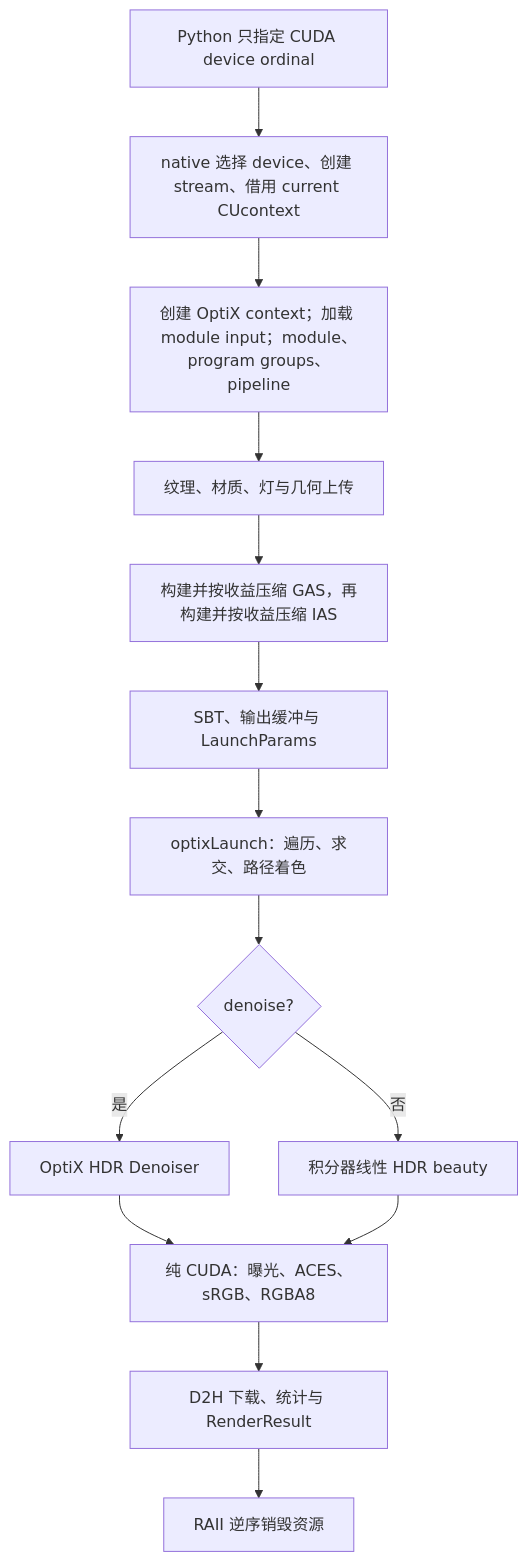
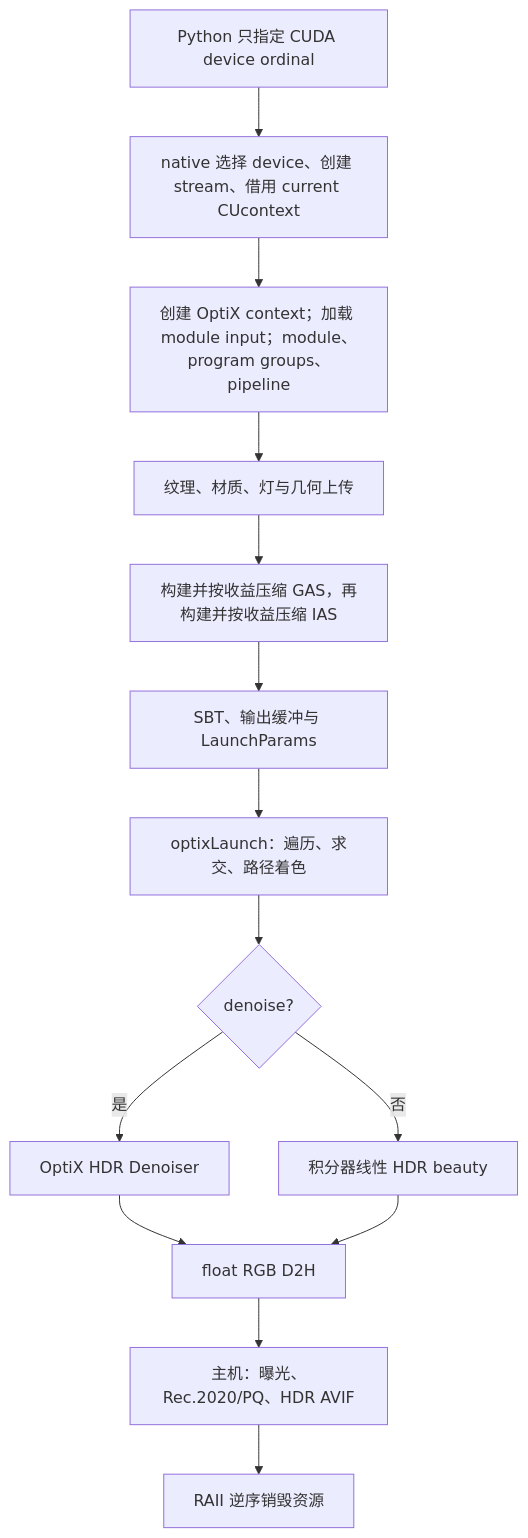
The second of 2 diagrams in docs/technical-report/08-optix-gpu-implementation.md (goooxu/SpectralDock), drawn with Mermaid before and after one commit. The commit also changed other lines of this file and 174 other files, not shown here.

First line of the commit message:
feat: require HDR AVIF and GPU-only PhysX

```diff
--- a/docs/technical-report/08-optix-gpu-implementation.md
+++ b/docs/technical-report/08-optix-gpu-implementation.md
@@ -33,16 +31,16 @@
 ~~~mermaid
 flowchart TD
     A["Python 只指定 CUDA device ordinal"] --> B["native 选择 device、创建 stream、借用 current CUcontext"]
     B --> C["创建 OptiX context；加载 module input；module、program groups、pipeline"]
     C --> D["纹理、材质、灯与几何上传"]
     D --> E["构建并按收益压缩 GAS，再构建并按收益压缩 IAS"]
     E --> F["SBT、输出缓冲与 LaunchParams"]
     F --> G["optixLaunch：遍历、求交、路径着色"]
     G --> H{"denoise?"}
     H -->|"是"| I["OptiX HDR Denoiser"]
     H -->|"否"| J["积分器线性 HDR beauty"]
-    I --> K["纯 CUDA：曝光、ACES、sRGB、RGBA8"]
+    I --> K["float RGB D2H"]
     J --> K
-    K --> L["D2H 下载、统计与 RenderResult"]
+    K --> L["主机：曝光、Rec.2020/PQ、HDR AVIF"]
     L --> M["RAII 逆序销毁资源"]
 ~~~
```
